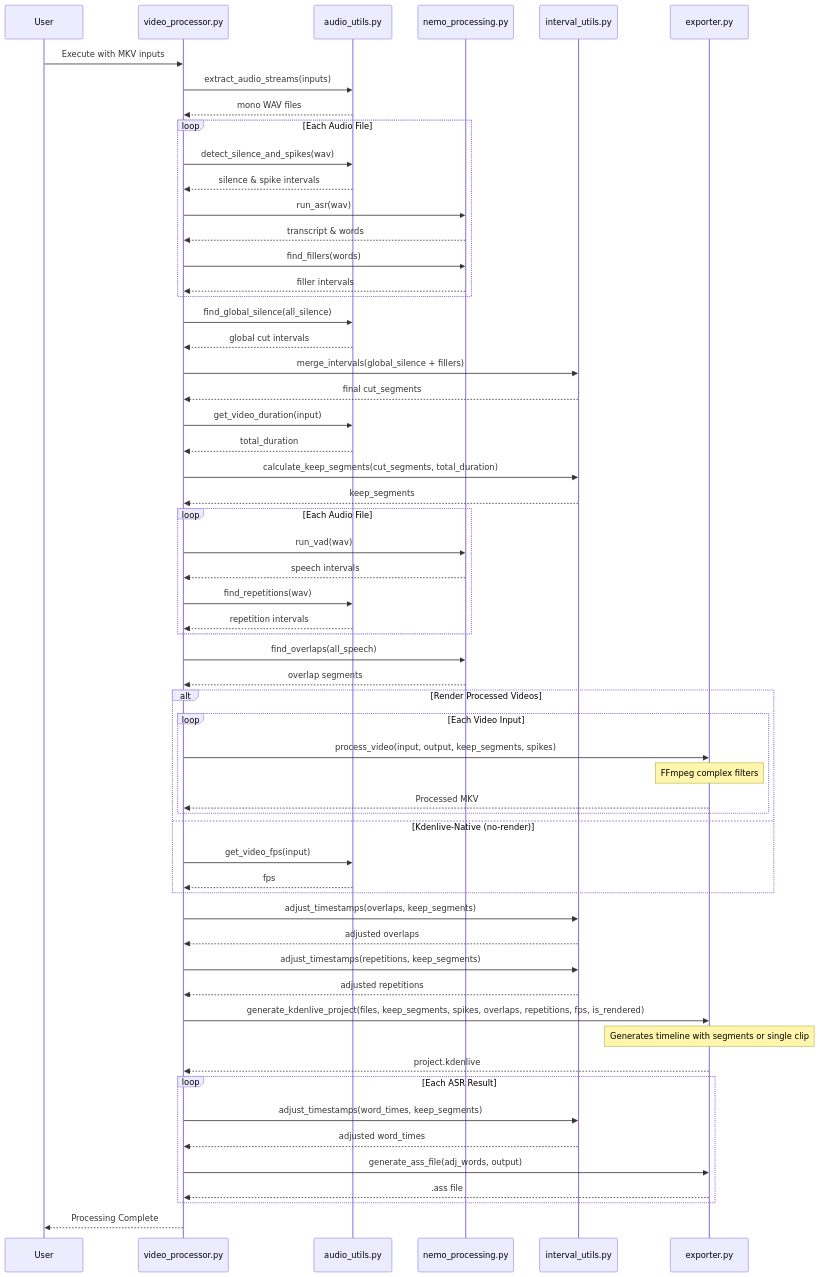
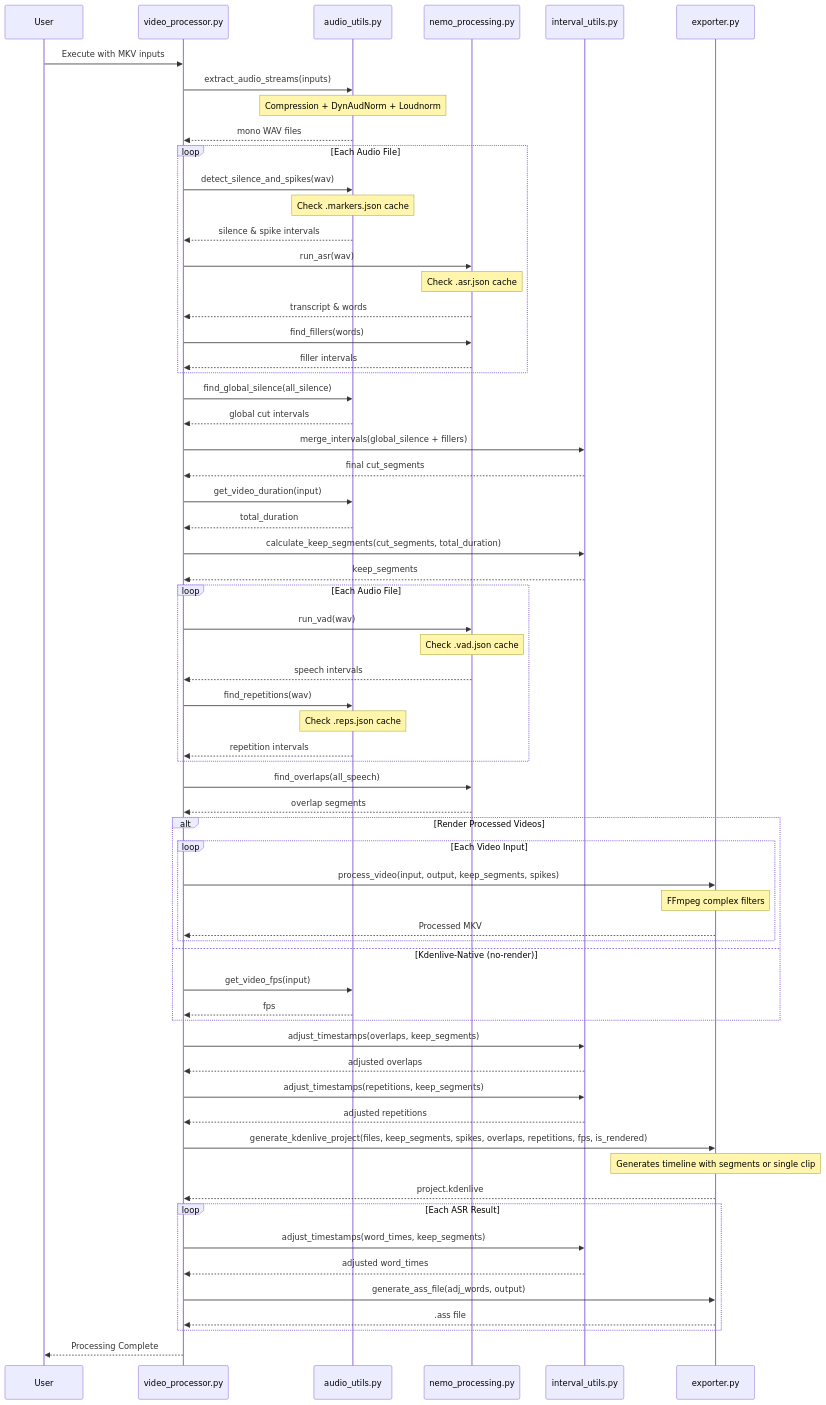
Before and after one commit to gpapp/Code-checker: the diagram in README.md, drawn with Mermaid. The commit also changed other lines of this file and 14 other files, not shown here.

````diff
--- a/README.md
+++ b/README.md
@@ -7,73 +7,78 @@
 ```mermaid
 sequenceDiagram
     participant User
     participant Main as video_processor.py
     participant AU as audio_utils.py
     participant NP as nemo_processing.py
     participant IU as interval_utils.py
     participant EX as exporter.py
 
     User->>Main: Execute with MKV inputs
     Main->>AU: extract_audio_streams(inputs)
+    Note over AU: Compression + DynAudNorm + Loudnorm
     AU-->>Main: mono WAV files
 
     loop Each Audio File
         Main->>AU: detect_silence_and_spikes(wav)
+        Note over AU: Check .markers.json cache
         AU-->>Main: silence & spike intervals
         Main->>NP: run_asr(wav)
+        Note over NP: Check .asr.json cache
         NP-->>Main: transcript & words
         Main->>NP: find_fillers(words)
         NP-->>Main: filler intervals
     end
 
     Main->>AU: find_global_silence(all_silence)
     AU-->>Main: global cut intervals
 
     Main->>IU: merge_intervals(global_silence + fillers)
     IU-->>Main: final cut_segments
 
     Main->>AU: get_video_duration(input)
     AU-->>Main: total_duration
 
     Main->>IU: calculate_keep_segments(cut_segments, total_duration)
     IU-->>Main: keep_segments
 
     loop Each Audio File
         Main->>NP: run_vad(wav)
+        Note over NP: Check .vad.json cache
         NP-->>Main: speech intervals
         Main->>AU: find_repetitions(wav)
+        Note over AU: Check .reps.json cache
         AU-->>Main: repetition intervals
     end
 
     Main->>NP: find_overlaps(all_speech)
     NP-->>Main: overlap segments
 
     alt Render Processed Videos
         loop Each Video Input
             Main->>EX: process_video(input, output, keep_segments, spikes)
             Note over EX: FFmpeg complex filters
             EX-->>Main: Processed MKV
         end
     else Kdenlive-Native (no-render)
         Main->>AU: get_video_fps(input)
         AU-->>Main: fps
     end
 
     Main->>IU: adjust_timestamps(overlaps, keep_segments)
     IU-->>Main: adjusted overlaps
     Main->>IU: adjust_timestamps(repetitions, keep_segments)
     IU-->>Main: adjusted repetitions
 
     Main->>EX: generate_kdenlive_project(files, keep_segments, spikes, overlaps, repetitions, fps, is_rendered)
     Note over EX: Generates timeline with segments or single clip
     EX-->>Main: project.kdenlive
 
     loop Each ASR Result
         Main->>IU: adjust_timestamps(word_times, keep_segments)
         IU-->>Main: adjusted word_times
         Main->>EX: generate_ass_file(adj_words, output)
         EX-->>Main: .ass file
     end
 
     Main-->>User: Processing Complete
 ```
````
